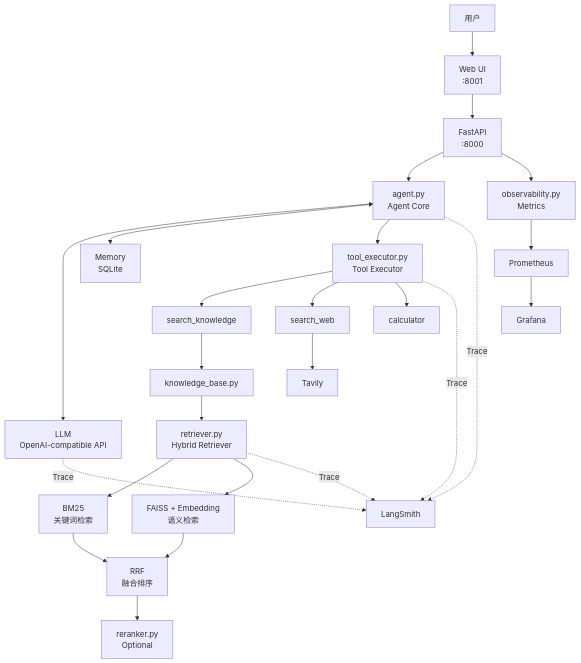
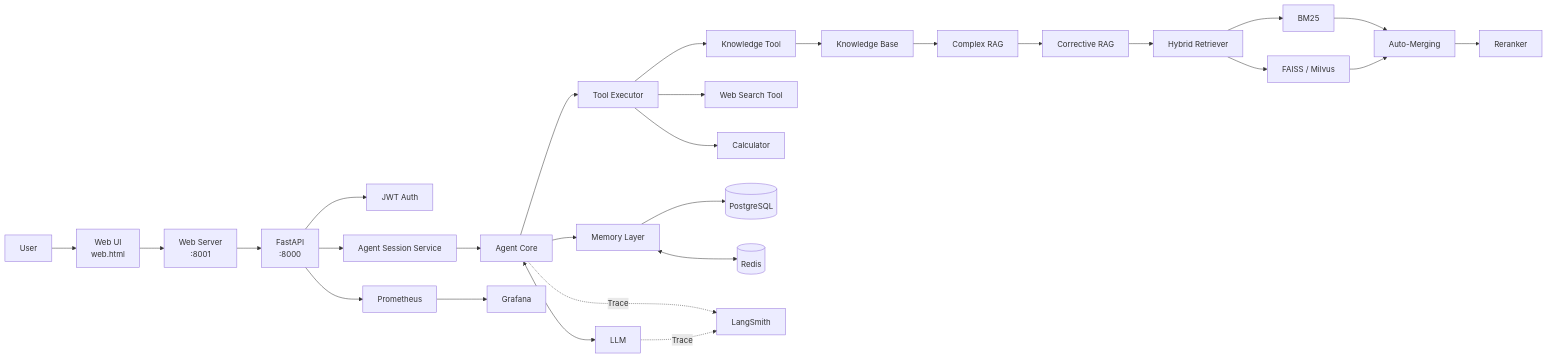
One commit to Erica-YMT/agentic-rag-assistant changed the diagram in README.md. Above: the diagram before and after it, drawn with Mermaid. The commit also changed other lines of this file and 103 other files, not shown here.

````diff
--- a/README.md
+++ b/README.md
@@ -23,59 +45,74 @@
 ```mermaid
-flowchart TB
-    User[用户]
-    Web[Web UI<br/>:8001]
+flowchart LR
+
+    User[User]
+    Web[Web UI<br/>web.html]
+    WebServer[Web Server<br/>:8001]
     API[FastAPI<br/>:8000]
-    Agent[agent.py<br/>Agent Core]
 
-    LLM[LLM<br/>OpenAI-compatible API]
-    Memory[Memory<br/>SQLite]
-    Executor[tool_executor.py<br/>Tool Executor]
+    Auth[JWT Auth]
+    Session[Agent Session Service]
+    Agent[Agent Core]
+    LLM[LLM]
 
-    KBTool[search_knowledge]
-    WebTool[search_web]
-    CalcTool[calculator]
+    Executor[Tool Executor]
 
-    KB[knowledge_base.py]
-    Retriever[retriever.py<br/>Hybrid Retriever]
-    BM25[BM25<br/>关键词检索]
-    FAISS[FAISS + Embedding<br/>语义检索]
-    RRF[RRF<br/>融合排序]
-    Reranker[reranker.py<br/>Optional]
+    KBTool[Knowledge Tool]
+    WebTool[Web Search Tool]
+    CalcTool[Calculator]
 
-    Tavily[Tavily]
-    Metrics[observability.py<br/>Metrics]
+    RAG[Knowledge Base]
+    Retriever[Hybrid Retriever]
+    BM25[BM25]
+    Vector[FAISS / Milvus]
+    CRAG[Corrective RAG]
+    Complex[Complex RAG]
+    Merge[Auto-Merging]
+    Reranker[Reranker]
+
+    Memory[Memory Layer]
+    PostgreSQL[(PostgreSQL)]
+    Redis[(Redis)]
+
     Prometheus[Prometheus]
     Grafana[Grafana]
     LangSmith[LangSmith]
 
     User --> Web
-    Web --> API
-    API --> Agent
+    Web --> WebServer
+    WebServer --> API
+
+    API --> Auth
+    API --> Session
+    Session --> Agent
 
     Agent <--> LLM
-    Agent <--> Memory
     Agent --> Executor
+    Agent --> Memory
 
     Executor --> KBTool
     Executor --> WebTool
     Executor --> CalcTool
 
-    KBTool --> KB
-    KB --> Retriever
+    KBTool --> RAG
+    RAG --> Complex
+    Complex --> CRAG
+    CRAG --> Retriever
+
     Retriever --> BM25
-    Retriever --> FAISS
-    BM25 --> RRF
-    FAISS --> RRF
-    RRF --> Reranker
+    Retriever --> Vector
 
-    WebTool --> Tavily
+    BM25 --> Merge
+    Vector --> Merge
 
-    API --> Metrics
-    Metrics --> Prometheus
+    Merge --> Reranker
+
+    Memory --> PostgreSQL
+    Memory <--> Redis
+
+    API --> Prometheus
     Prometheus --> Grafana
 
     Agent -. Trace .-> LangSmith
     LLM -. Trace .-> LangSmith
-    Executor -. Trace .-> LangSmith
-    Retriever -. Trace .-> LangSmith
 ```
````
